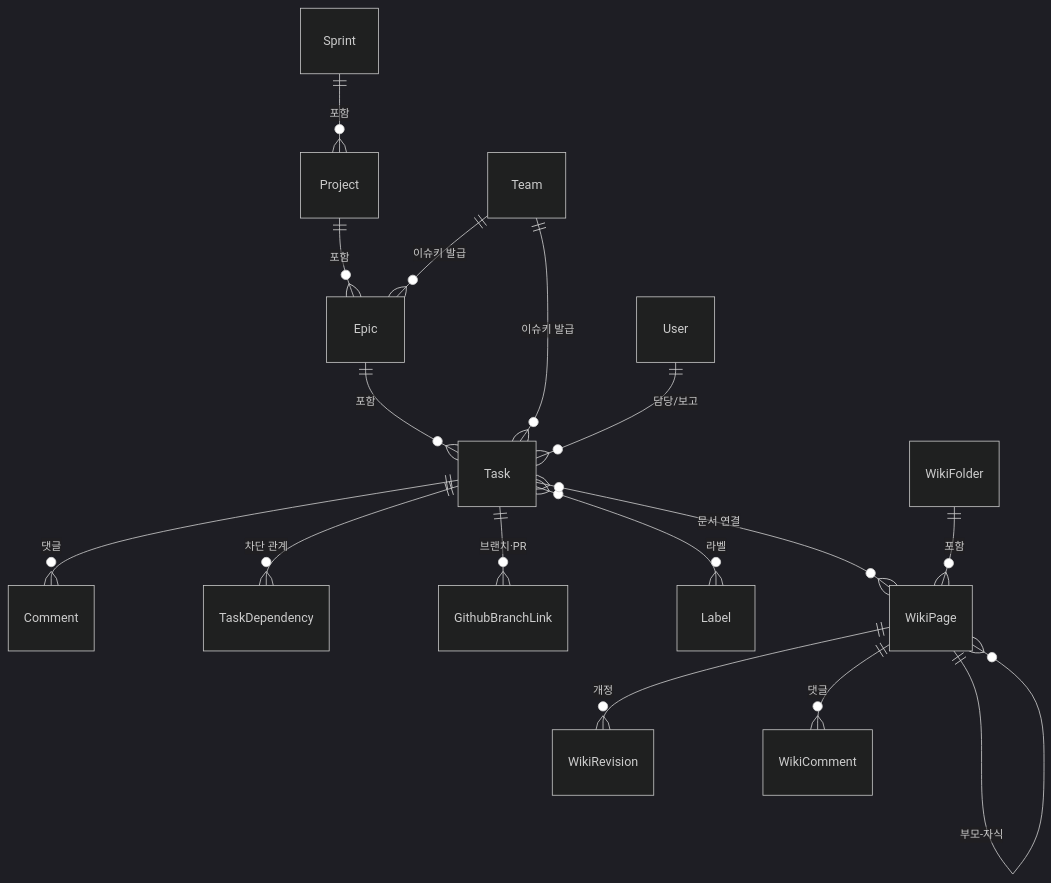
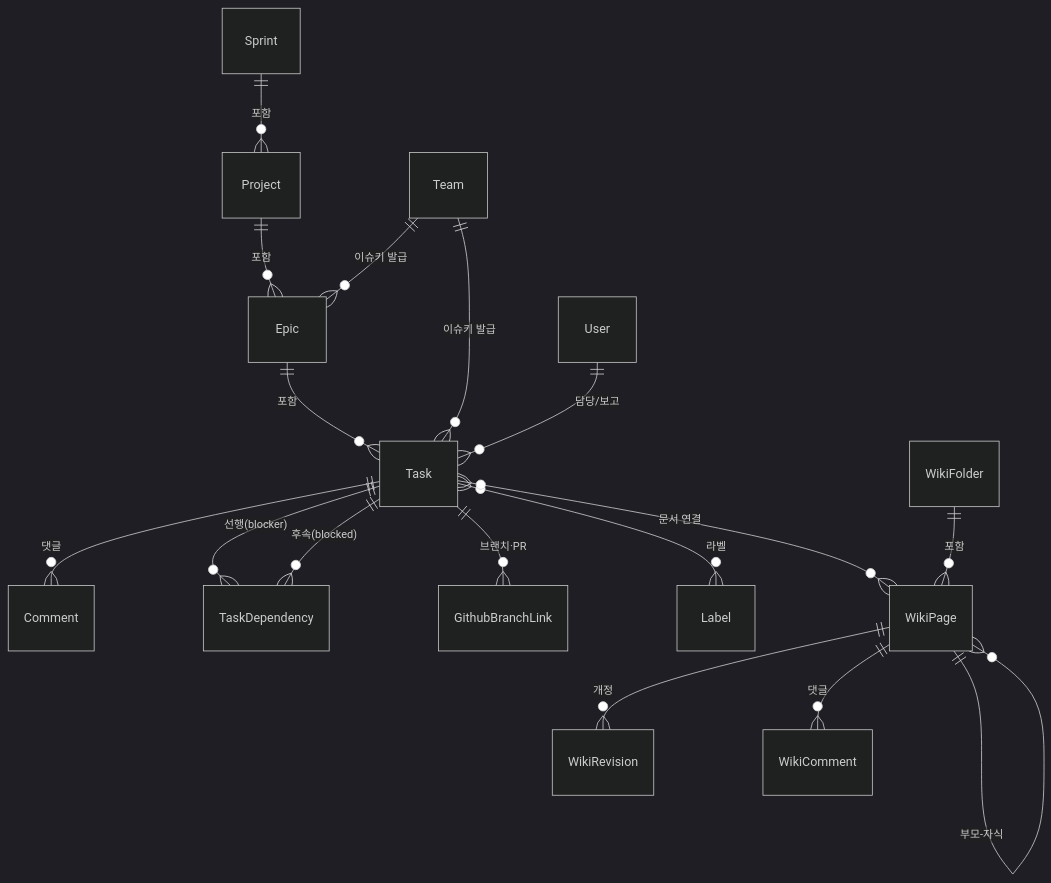
One commit to Team-Neki/Team-Neki-Sprint changed the third of 4 diagrams in README.md. Above: the diagram before and after it, drawn with Mermaid (dark theme).

Commit message:
docs: ER 다이어그램의 TaskDependency 를 선행/후속 두 관계로 분리 (BACKEND-69)
CodeRabbit 리뷰 반영. TaskDependency 는 blockerId·blockedId 두 개의 FK 로 Task 를
각각 참조하는데, 다이어그램에는 방향 구분 없이 한 줄로만 그려 어느 쪽이 막는
쪽인지 읽히지 않았다. UI 문구(선행 작업 / 후속 작업)에 맞춰 두 관계로 나눈다.

````diff
--- a/README.md
+++ b/README.md
@@ -91,18 +91,19 @@
 ```mermaid
 erDiagram
     Sprint ||--o{ Project : "포함"
     Project ||--o{ Epic : "포함"
     Epic ||--o{ Task : "포함"
     Team ||--o{ Epic : "이슈키 발급"
     Team ||--o{ Task : "이슈키 발급"
     User ||--o{ Task : "담당/보고"
     Task ||--o{ Comment : "댓글"
-    Task ||--o{ TaskDependency : "차단 관계"
+    Task ||--o{ TaskDependency : "선행(blocker)"
+    Task ||--o{ TaskDependency : "후속(blocked)"
     Task ||--o{ GithubBranchLink : "브랜치·PR"
     Task }o--o{ Label : "라벨"
     Task }o--o{ WikiPage : "문서 연결"
     WikiFolder ||--o{ WikiPage : "포함"
     WikiPage ||--o{ WikiPage : "부모-자식"
     WikiPage ||--o{ WikiRevision : "개정"
     WikiPage ||--o{ WikiComment : "댓글"
 ```
````
